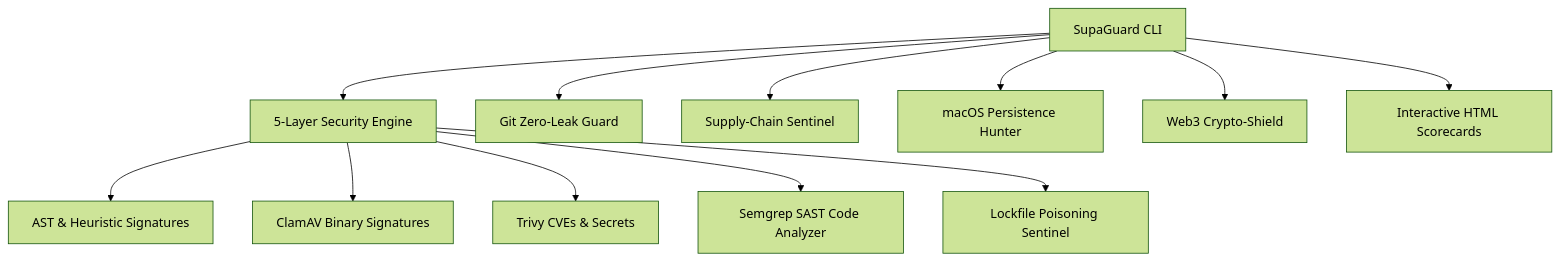
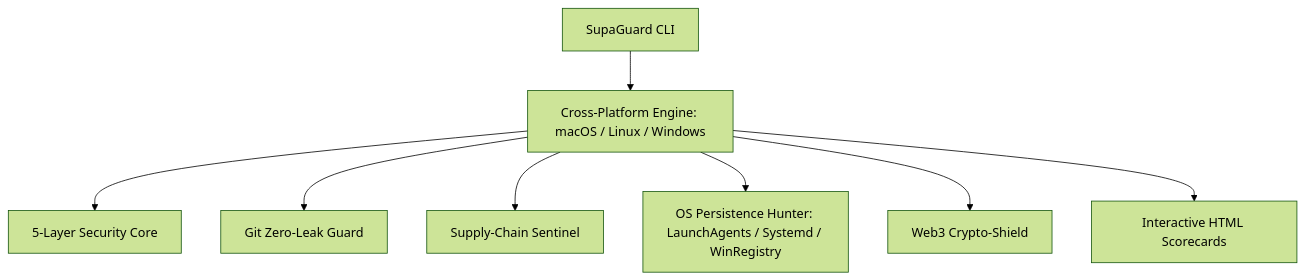
One commit to supaguard/supaguard changed the diagram in README.md. Above: the diagram before and after it, drawn with Mermaid (forest theme). The commit also changed other lines of this file and 8 other files, not shown here.

Commit message:
Add full Windows and Linux cross-platform support

````diff
--- a/README.md
+++ b/README.md
@@ -21,15 +21,10 @@
 ```mermaid
 graph TD
-    SG[SupaGuard CLI] --> Core[5-Layer Security Engine]
-    SG --> Git[Git Zero-Leak Guard]
-    SG --> Supply[Supply-Chain Sentinel]
-    SG --> Sys[macOS Persistence Hunter]
-    SG --> Web3[Web3 Crypto-Shield]
-    SG --> Dash[Interactive HTML Scorecards]
-
-    Core --> H[AST & Heuristic Signatures]
-    Core --> C[ClamAV Binary Signatures]
-    Core --> T[Trivy CVEs & Secrets]
-    Core --> S[Semgrep SAST Code Analyzer]
-    Core --> L[Lockfile Poisoning Sentinel]
+    SG[SupaGuard CLI] --> OS[Cross-Platform Engine: macOS / Linux / Windows]
+    OS --> Core[5-Layer Security Core]
+    OS --> Git[Git Zero-Leak Guard]
+    OS --> Supply[Supply-Chain Sentinel]
+    OS --> Sys[OS Persistence Hunter: LaunchAgents / Systemd / WinRegistry]
+    OS --> Web3[Web3 Crypto-Shield]
+    OS --> Dash[Interactive HTML Scorecards]
 ```
````
